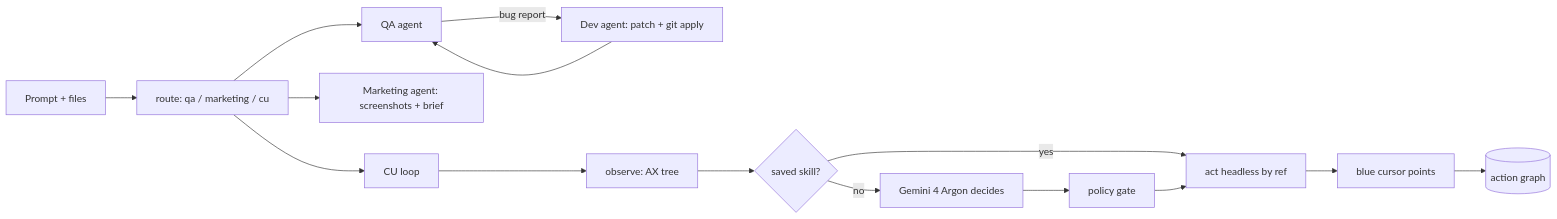
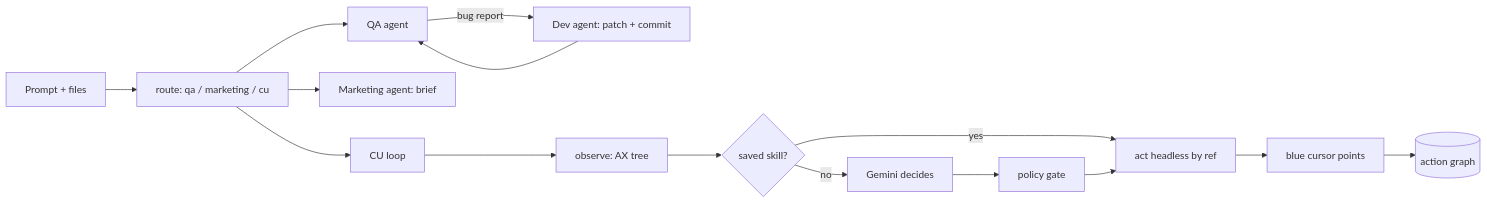
The diagram in backend/README.md (Ygali04/Gemini-hack-Nov-14), drawn with Mermaid before and after one commit. The commit also changed other lines of this file and 1 other file, not shown here.

Commit message:
README: Gemini 4 Argon decision points, backend layout, memory math, UI API contract

````diff
--- a/backend/README.md
+++ b/backend/README.md
@@ -59,11 +35,11 @@
 ```mermaid
 flowchart LR
   P[Prompt + files] --> R[route: qa / marketing / cu]
-  R --> QA[QA agent] -->|bug report| DEV[Dev agent: patch + git apply] --> QA
-  R --> MK[Marketing agent: screenshots + brief]
+  R --> QA[QA agent] -->|bug report| DEV[Dev agent: patch + commit] --> QA
+  R --> MK[Marketing agent: brief]
   R --> CU[CU loop]
   CU --> O[observe: AX tree] --> M{saved skill?}
   M -->|yes| A[act headless by ref]
-  M -->|no| G[Gemini 4 Argon decides] --> GATE[policy gate] --> A
+  M -->|no| G[Gemini decides] --> GATE[policy gate] --> A
   A --> C[blue cursor points] --> MEM[(action graph)]
 ```
````
